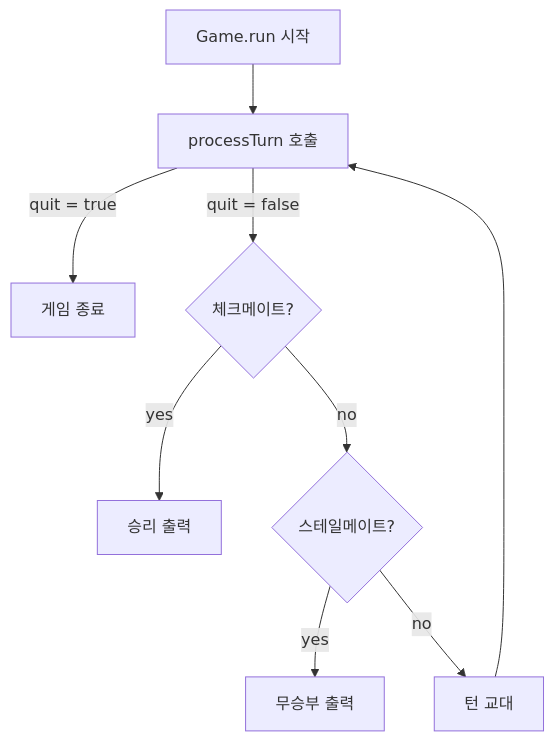
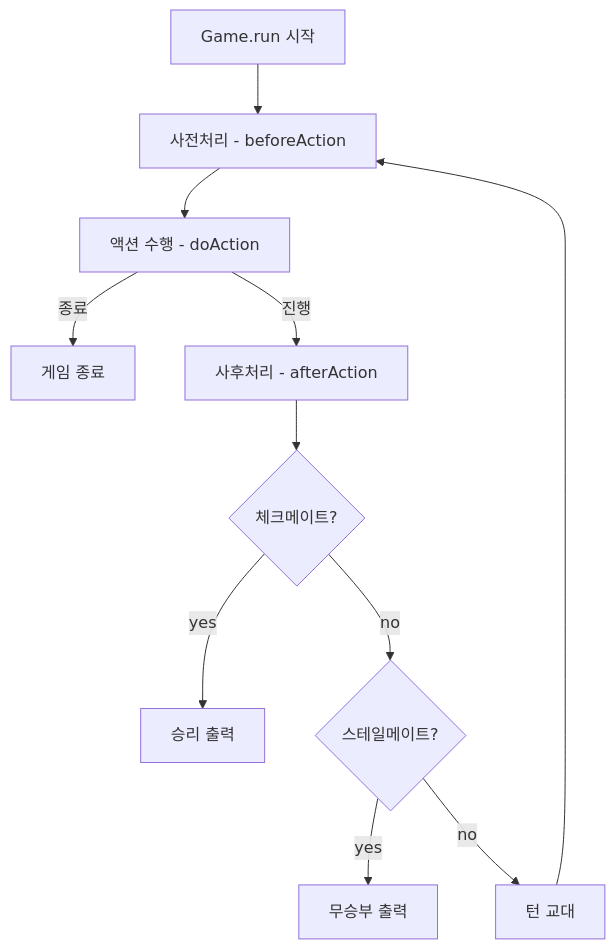
One commit to weweweme/teamnova_basic_class changed the second of 4 diagrams in week5/CLAUDE.md. Above: the diagram before and after it, drawn with Mermaid. The commit also changed other lines of this file and 5 other files, not shown here.

Commit message:
refactor: processTurn을 beforeAction/doAction/afterAction 훅으로 분리

````diff
--- a/week5/CLAUDE.md
+++ b/week5/CLAUDE.md
@@ -527,11 +527,13 @@
 ```mermaid
 graph TD
-    START[Game.run 시작] --> PT[processTurn 호출]
-    PT -->|"quit = true"| END[게임 종료]
-    PT -->|"quit = false"| CM{체크메이트?}
+    START[Game.run 시작] --> BA[사전처리 - beforeAction]
+    BA --> DA[액션 수행 - doAction]
+    DA -->|종료| END[게임 종료]
+    DA -->|진행| AA[사후처리 - afterAction]
+    AA --> CM{체크메이트?}
     CM -->|yes| WIN[승리 출력]
     CM -->|no| SM{스테일메이트?}
     SM -->|yes| DRAW[무승부 출력]
     SM -->|no| SW[턴 교대]
-    SW --> PT
+    SW --> BA
 ```
````
